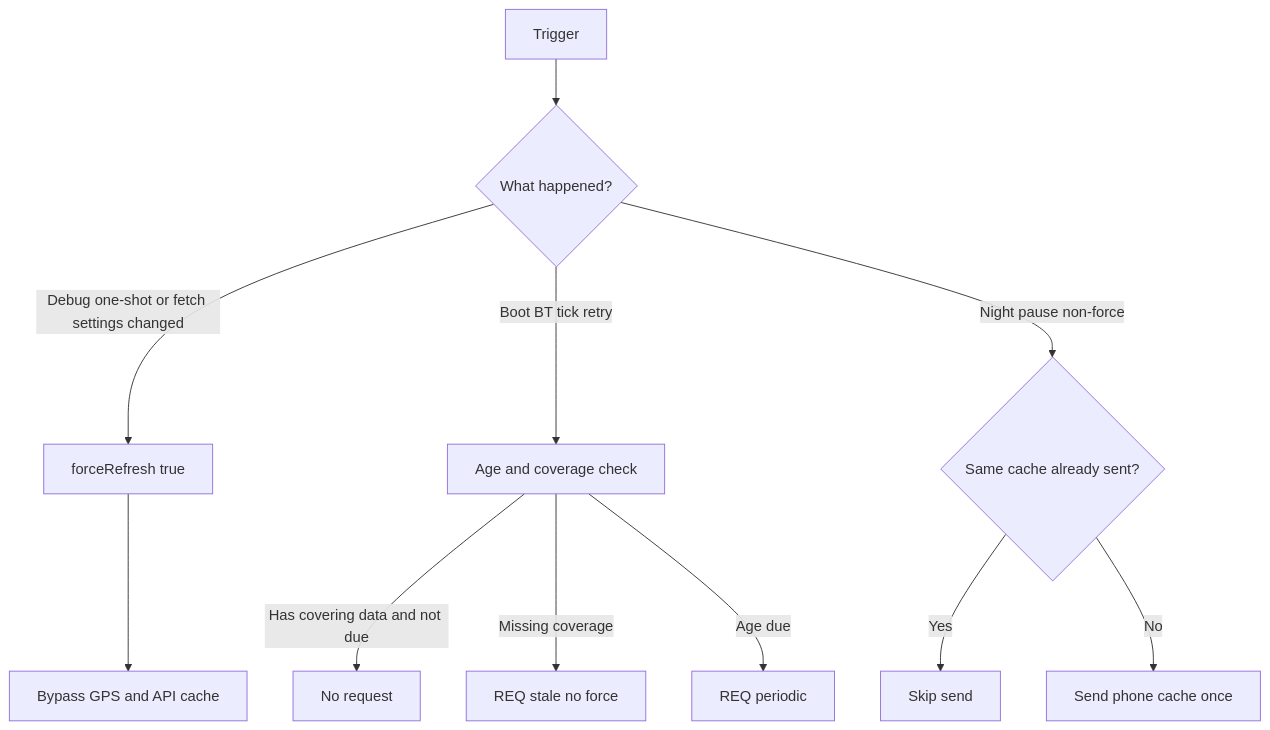
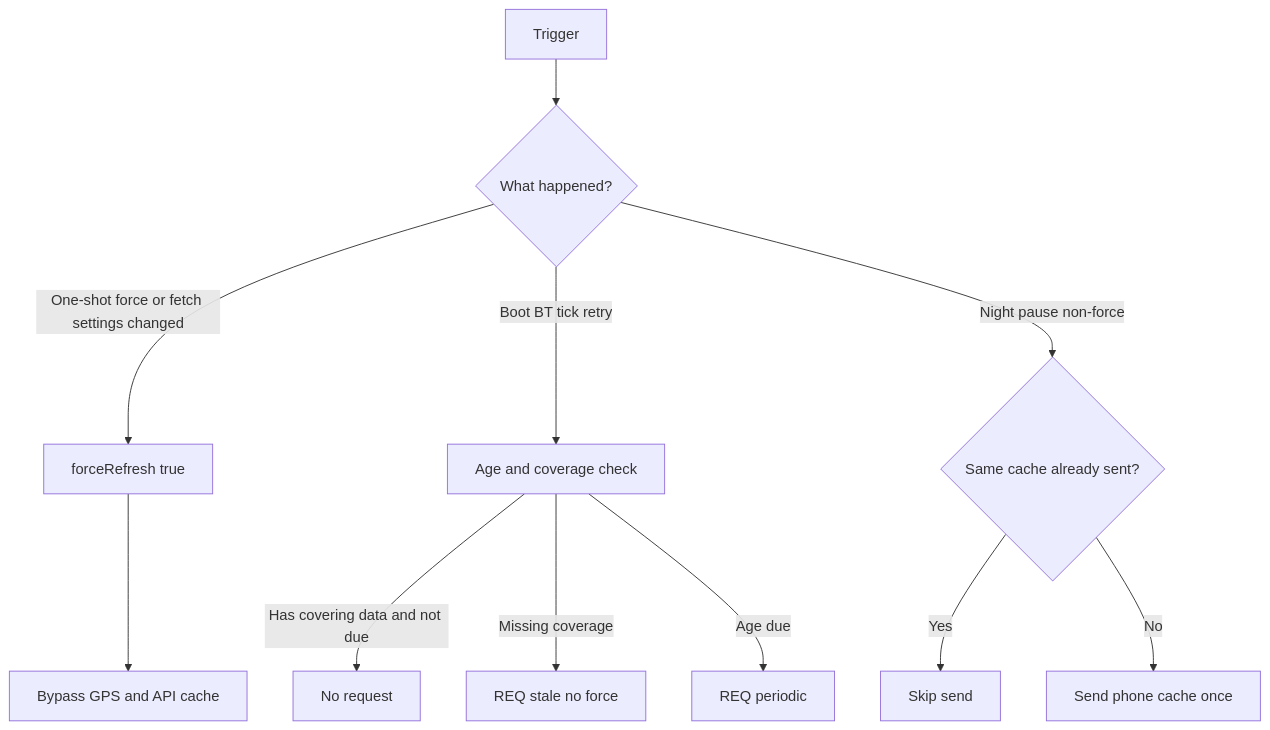
Before and after one commit to filcuk/pebble-watchface-argus: the diagram in DOCS.md, drawn with Mermaid. The commit also changed other lines of this file and 3 other files, not shown here.

First line of the commit message:
Split settings debug dependency

````diff
--- a/DOCS.md
+++ b/DOCS.md
@@ -14,13 +14,13 @@
 ```mermaid
 flowchart TD
   trigger[Trigger] --> kind{What happened?}
-  kind -->|Debug one-shot or fetch settings changed| force[forceRefresh true]
+  kind -->|One-shot force or fetch settings changed| force[forceRefresh true]
   kind -->|Boot BT tick retry| smart[Age and coverage check]
   kind -->|Night pause non-force| night{Same cache already sent?}
   smart -->|Has covering data and not due| noop[No request]
   smart -->|Missing coverage| stale[REQ stale no force]
   smart -->|Age due| periodic[REQ periodic]
   night -->|Yes| skipNight[Skip send]
   night -->|No| sendCache[Send phone cache once]
   force --> api[Bypass GPS and API cache]
 ```
````
